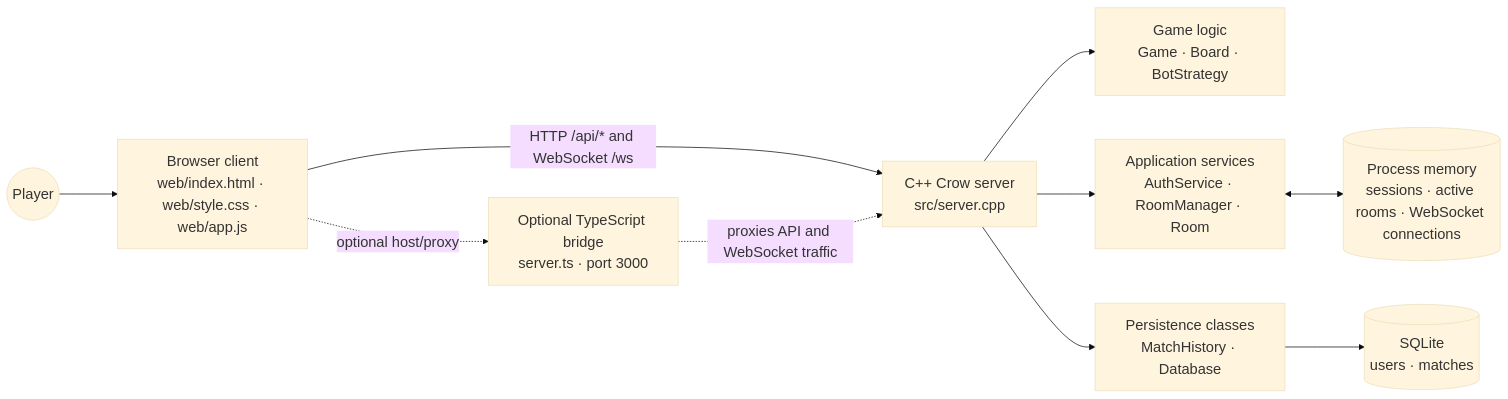
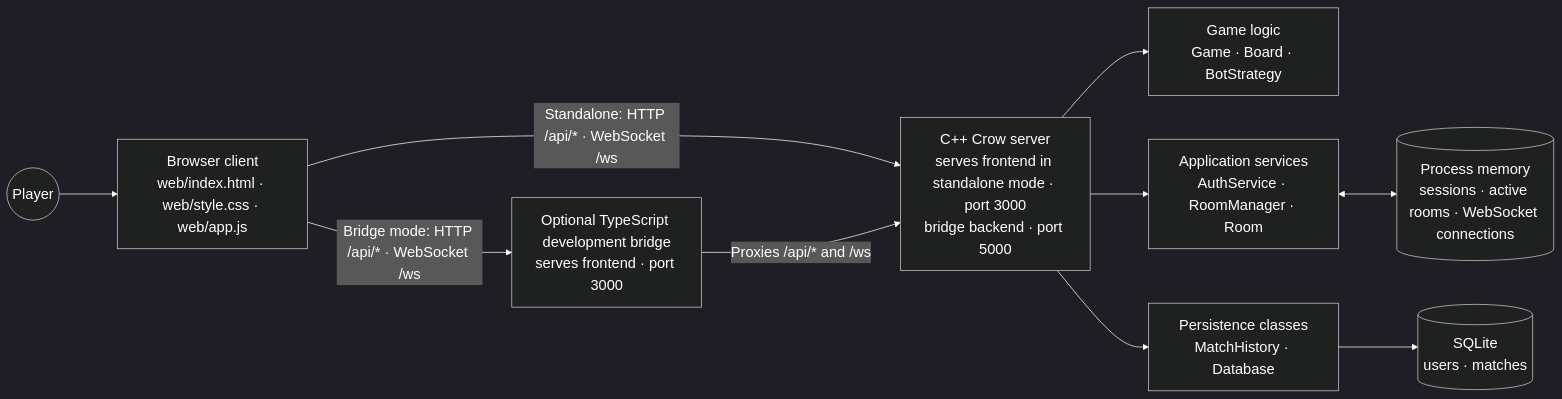
Before and after one commit to PradeepRaju-1512/AfterLight3: the first of 2 diagrams in UML.md, drawn with Mermaid. The commit also changed other lines of this file, not shown here.

Commit message:
Fixed system context diagram.

````diff
--- a/UML.md
+++ b/UML.md
@@ -9,23 +9,23 @@
 ```mermaid
-%%{init: {"theme": "base", "themeVariables": {"fontSize": "20px"}, "flowchart": {"nodeSpacing": 60, "rankSpacing": 80}}}%%
+%%{init: {"theme": "dark", "themeVariables": {"background": "#0b1220", "primaryColor": "#172033", "primaryTextColor": "#ffffff", "primaryBorderColor": "#ffffff", "lineColor": "#ffffff", "textColor": "#ffffff", "fontSize": "20px"}, "flowchart": {"nodeSpacing": 60, "rankSpacing": 80}}}%%
 flowchart LR
     Player((Player))
     Browser["Browser client<br/>web/index.html · web/style.css · web/app.js"]
-    Bridge["Optional TypeScript bridge<br/>server.ts · port 3000"]
-    Server["C++ Crow server<br/>src/server.cpp"]
+    Bridge["Optional TypeScript development bridge<br/>serves frontend · port 3000"]
+    Server["C++ Crow server<br/>serves frontend in standalone mode · port 3000<br/>bridge backend · port 5000"]
     GameCore["Game logic<br/>Game · Board · BotStrategy"]
     Services["Application services<br/>AuthService · RoomManager · Room"]
     Persistence["Persistence classes<br/>MatchHistory · Database"]
     Memory[("Process memory<br/>sessions · active rooms · WebSocket connections")]
     SQLite[("SQLite<br/>users · matches")]
 
     Player --> Browser
-    Browser -->|"HTTP /api/* and WebSocket /ws"| Server
-    Browser -. "optional host/proxy" .-> Bridge
-    Bridge -. "proxies API and WebSocket traffic" .-> Server
+    Browser -->|"Standalone: HTTP /api/* · WebSocket /ws"| Server
+    Browser -->|"Bridge mode: HTTP /api/* · WebSocket /ws"| Bridge
+    Bridge -->|"Proxies /api/* and /ws"| Server
     Server --> GameCore
     Server --> Services
     Server --> Persistence
     Services <--> Memory
     Persistence --> SQLite
 ```
````
